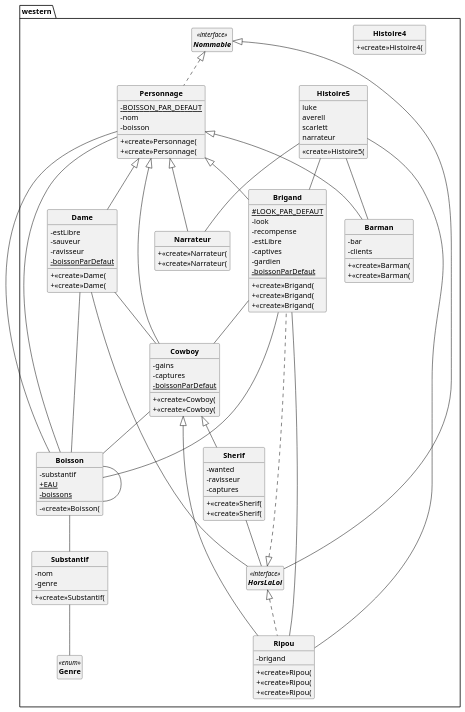
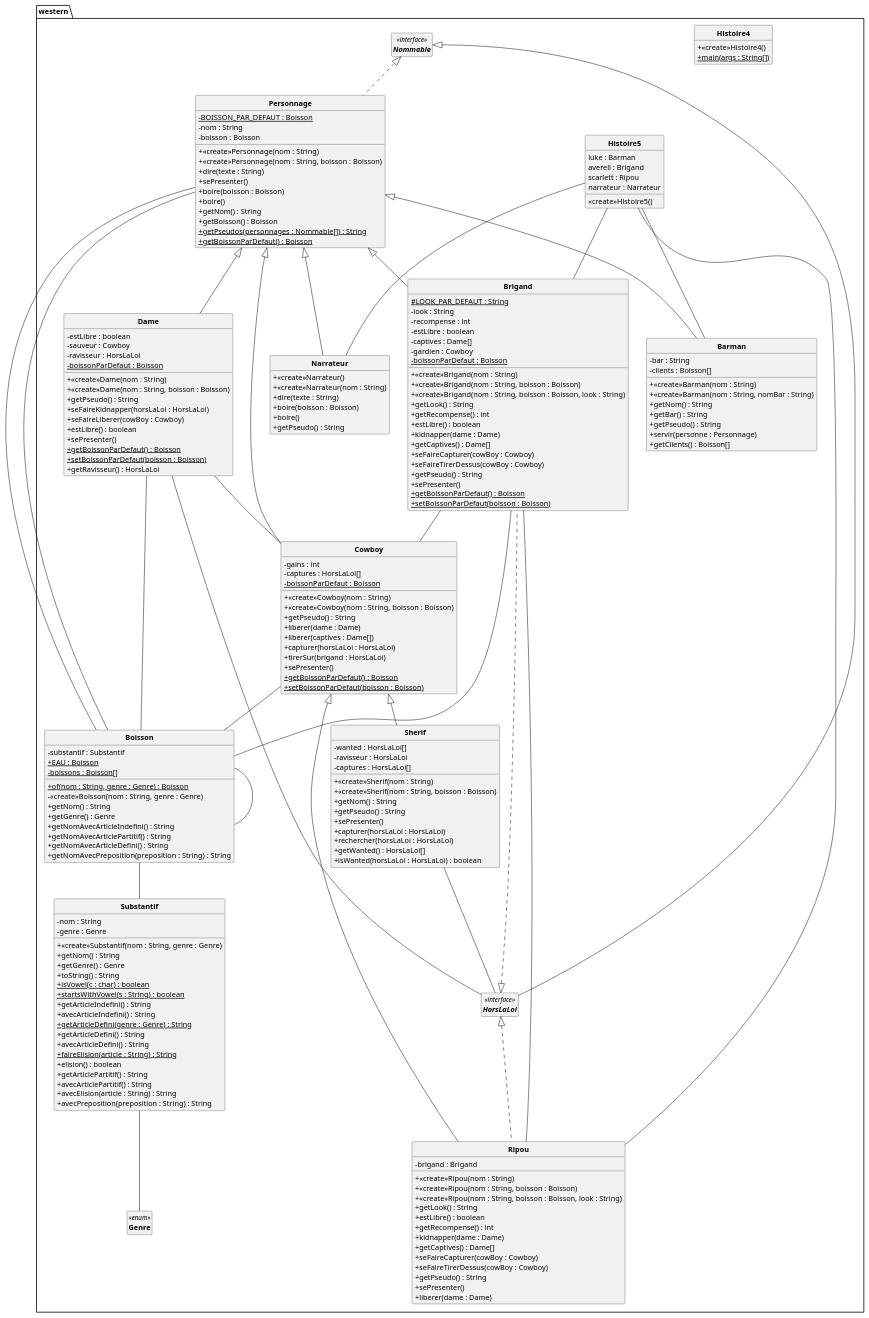
One commit to D3B1RUM4N/PumlFromJava changed the diagram in DCC_pumlCode.puml. Above: the diagram before and after it, drawn with PlantUML. The commit also changed 4 other files, not shown here.

```diff
--- a/DCC_pumlCode.puml
+++ b/DCC_pumlCode.puml
@@ -9,56 +9,95 @@
 
 PACKAGE western{
 	CLASS Barman  extends Personnage {
-		+<<create>>Barman(
-		+<<create>>Barman(
-		-bar
-		-clients
+		+<<create>>Barman(nom : String)
+		+<<create>>Barman(nom : String, nomBar : String)
+		-bar : String
+		-clients : Boisson[]
+		+getNom() : String
+		+getBar() : String
+		+getPseudo() : String
+		+servir(personne : Personnage)
+		+getClients() : Boisson[]
 	}
 
 
 	CLASS Boisson  {
-		-substantif
-		+{static}EAU
-		-{static}boissons
-		-<<create>>Boisson(
+		-substantif : Substantif
+		+{static}EAU : Boisson
+		-{static}boissons : Boisson[]
+		+{static}of(nom : String, genre : Genre) : Boisson
+		-<<create>>Boisson(nom : String, genre : Genre)
+		+getNom() : String
+		+getGenre() : Genre
+		+getNomAvecArticleIndefini() : String
+		+getNomAvecArticlePartitif() : String
+		+getNomAvecArticleDefini() : String
+		+getNomAvecPreposition(preposition : String) : String
 	}
 Boisson -- Substantif
 Boisson -- Boisson
 
 
 	CLASS Brigand  extends Personnage implements HorsLaLoi {
-		#{static}LOOK_PAR_DEFAUT
-		-look
-		-recompense
-		-estLibre
-		-captives
-		-gardien
-		+<<create>>Brigand(
-		+<<create>>Brigand(
-		+<<create>>Brigand(
-		-{static}boissonParDefaut
+		#{static}LOOK_PAR_DEFAUT : String
+		-look : String
+		-recompense : int
+		-estLibre : boolean
+		-captives : Dame[]
+		-gardien : Cowboy
+		+<<create>>Brigand(nom : String)
+		+<<create>>Brigand(nom : String, boisson : Boisson)
+		+<<create>>Brigand(nom : String, boisson : Boisson, look : String)
+		+getLook() : String
+		+getRecompense() : int
+		+estLibre() : boolean
+		+kidnapper(dame : Dame)
+		+getCaptives() : Dame[]
+		+seFaireCapturer(cowBoy : Cowboy)
+		+seFaireTirerDessus(cowBoy : Cowboy)
+		+getPseudo() : String
+		+sePresenter()
+		-{static}boissonParDefaut : Boisson
+		+{static}getBoissonParDefaut() : Boisson
+		+{static}setBoissonParDefaut(boisson : Boisson)
 	}
 Brigand -- Cowboy
 Brigand -- Boisson
 
 
 	CLASS Cowboy  extends Personnage {
-		-gains
-		-captures
-		+<<create>>Cowboy(
-		+<<create>>Cowboy(
-		-{static}boissonParDefaut
+		-gains : int
+		-captures : HorsLaLoi[]
+		+<<create>>Cowboy(nom : String)
+		+<<create>>Cowboy(nom : String, boisson : Boisson)
+		+getPseudo() : String
+		+liberer(dame : Dame)
+		+liberer(captives : Dame[])
+		+capturer(horsLaLoi : HorsLaLoi)
+		+tirerSur(brigand : HorsLaLoi)
+		+sePresenter()
+		-{static}boissonParDefaut : Boisson
+		+{static}getBoissonParDefaut() : Boisson
+		+{static}setBoissonParDefaut(boisson : Boisson)
 	}
 Cowboy -- Boisson
 
 
 	CLASS Dame  extends Personnage {
-		-estLibre
-		-sauveur
-		-ravisseur
-		+<<create>>Dame(
-		+<<create>>Dame(
-		-{static}boissonParDefaut
+		-estLibre : boolean
+		-sauveur : Cowboy
+		-ravisseur : HorsLaLoi
+		+<<create>>Dame(nom : String)
+		+<<create>>Dame(nom : String, boisson : Boisson)
+		+getPseudo() : String
+		+seFaireKidnapper(horsLaLoi : HorsLaLoi)
+		+seFaireLiberer(cowBoy : Cowboy)
+		+estLibre() : boolean
+		+sePresenter()
+		-{static}boissonParDefaut : Boisson
+		+{static}getBoissonParDefaut() : Boisson
+		+{static}setBoissonParDefaut(boisson : Boisson)
+		+getRavisseur() : HorsLaLoi
 	}
 Dame -- Cowboy
 Dame -- HorsLaLoi
@@ -70,16 +109,17 @@
 	}
 
 	CLASS Histoire4  {
-		+<<create>>Histoire4(
+		+<<create>>Histoire4()
+		+{static}main(args : String[])
 	}
 
 
 	CLASS Histoire5  {
-		<<create>>Histoire5(
-		luke
-		averell
-		scarlett
-		narrateur
+		<<create>>Histoire5()
+		luke : Barman
+		averell : Brigand
+		scarlett : Ripou
+		narrateur : Narrateur
 	}
 Histoire5 -- Barman
 Histoire5 -- Brigand
@@ -92,8 +132,12 @@
 	}
 
 	CLASS Narrateur  extends Personnage {
-		+<<create>>Narrateur(
-		+<<create>>Narrateur(
+		+<<create>>Narrateur()
+		+<<create>>Narrateur(nom : String)
+		+dire(texte : String)
+		+boire(boisson : Boisson)
+		+boire()
+		+getPseudo() : String
 	}
 
 
@@ -102,39 +146,80 @@
 	}
 
 	CLASS Personnage  implements Nommable {
-		-{static}BOISSON_PAR_DEFAUT
-		-nom
-		-boisson
-		+<<create>>Personnage(
-		+<<create>>Personnage(
+		-{static}BOISSON_PAR_DEFAUT : Boisson
+		-nom : String
+		-boisson : Boisson
+		+<<create>>Personnage(nom : String)
+		+<<create>>Personnage(nom : String, boisson : Boisson)
+		+dire(texte : String)
+		+sePresenter()
+		+boire(boisson : Boisson)
+		+boire()
+		+getNom() : String
+		+getBoisson() : Boisson
+		+{static}getPseudos(personnages : Nommable[]) : String
+		+{static}getBoissonParDefaut() : Boisson
 	}
 Personnage -- Boisson
 Personnage -- Boisson
 
 
 	CLASS Ripou  extends Cowboy implements HorsLaLoi {
-		-brigand
-		+<<create>>Ripou(
-		+<<create>>Ripou(
-		+<<create>>Ripou(
+		-brigand : Brigand
+		+<<create>>Ripou(nom : String)
+		+<<create>>Ripou(nom : String, boisson : Boisson)
+		+<<create>>Ripou(nom : String, boisson : Boisson, look : String)
+		+getLook() : String
+		+estLibre() : boolean
+		+getRecompense() : int
+		+kidnapper(dame : Dame)
+		+getCaptives() : Dame[]
+		+seFaireCapturer(cowBoy : Cowboy)
+		+seFaireTirerDessus(cowBoy : Cowboy)
+		+getPseudo() : String
+		+sePresenter()
+		+liberer(dame : Dame)
 	}
 Ripou -- Brigand
 
 
 	CLASS Sherif  extends Cowboy {
-		+<<create>>Sherif(
-		+<<create>>Sherif(
-		-wanted
-		-ravisseur
-		-captures
+		+<<create>>Sherif(nom : String)
+		+<<create>>Sherif(nom : String, boisson : Boisson)
+		-wanted : HorsLaLoi[]
+		-ravisseur : HorsLaLoi
+		-captures : HorsLaLoi[]
+		+getNom() : String
+		+getPseudo() : String
+		+sePresenter()
+		+capturer(horsLaLoi : HorsLaLoi)
+		+rechercher(horsLaLoi : HorsLaLoi)
+		+getWanted() : HorsLaLoi[]
+		+isWanted(horsLaLoi : HorsLaLoi) : boolean
 	}
 Sherif -- HorsLaLoi
 
 
 	CLASS Substantif  {
-		-nom
-		-genre
-		+<<create>>Substantif(
+		-nom : String
+		-genre : Genre
+		+<<create>>Substantif(nom : String, genre : Genre)
+		+getNom() : String
+		+getGenre() : Genre
+		+toString() : String
+		+{static}isVowel(c : char) : boolean
+		+{static}startsWithVowel(s : String) : boolean
+		+getArticleIndefini() : String
+		+avecArticleIndefini() : String
+		+{static}getArticleDefini(genre : Genre) : String
+		+getArticleDefini() : String
+		+avecArticleDefini() : String
+		+{static}faireElision(article : String) : String
+		+elision() : boolean
+		+getArticlePartitif() : String
+		+avecArticlePartitif() : String
+		+avecElision(article : String) : String
+		+avecPreposition(preposition : String) : String
 	}
 Substantif -- Genre
 
```
